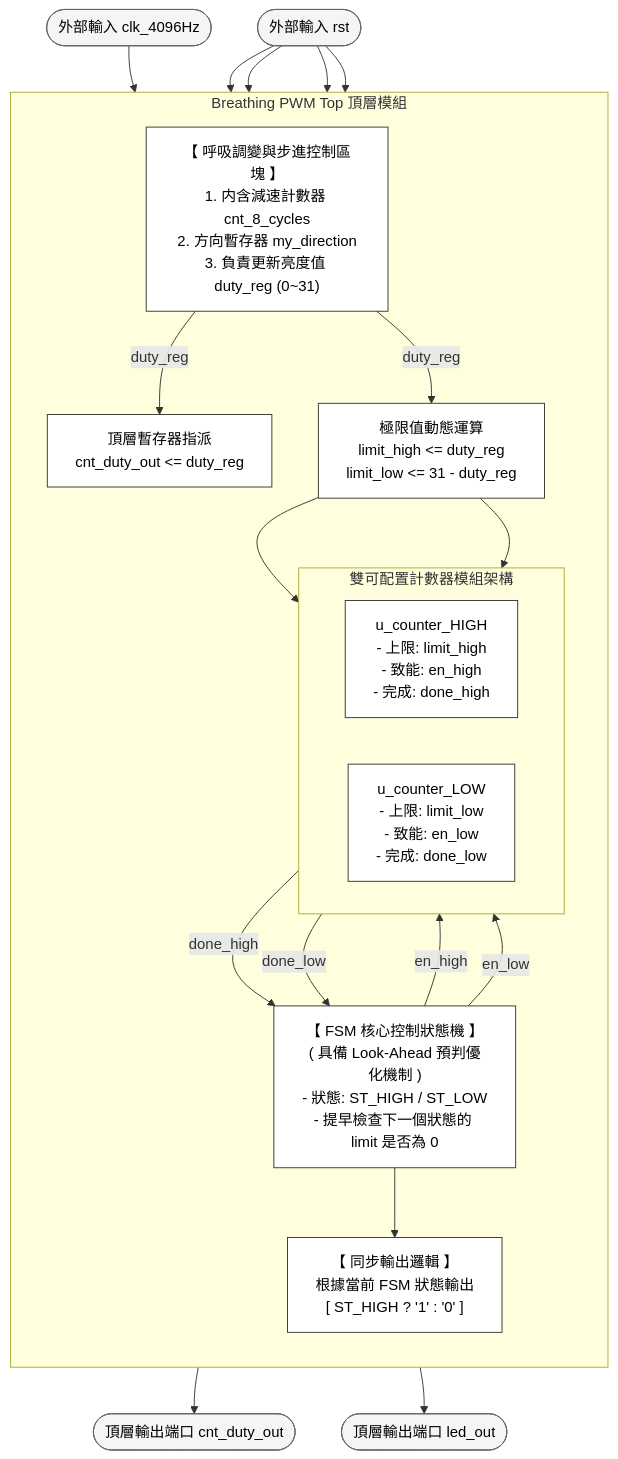
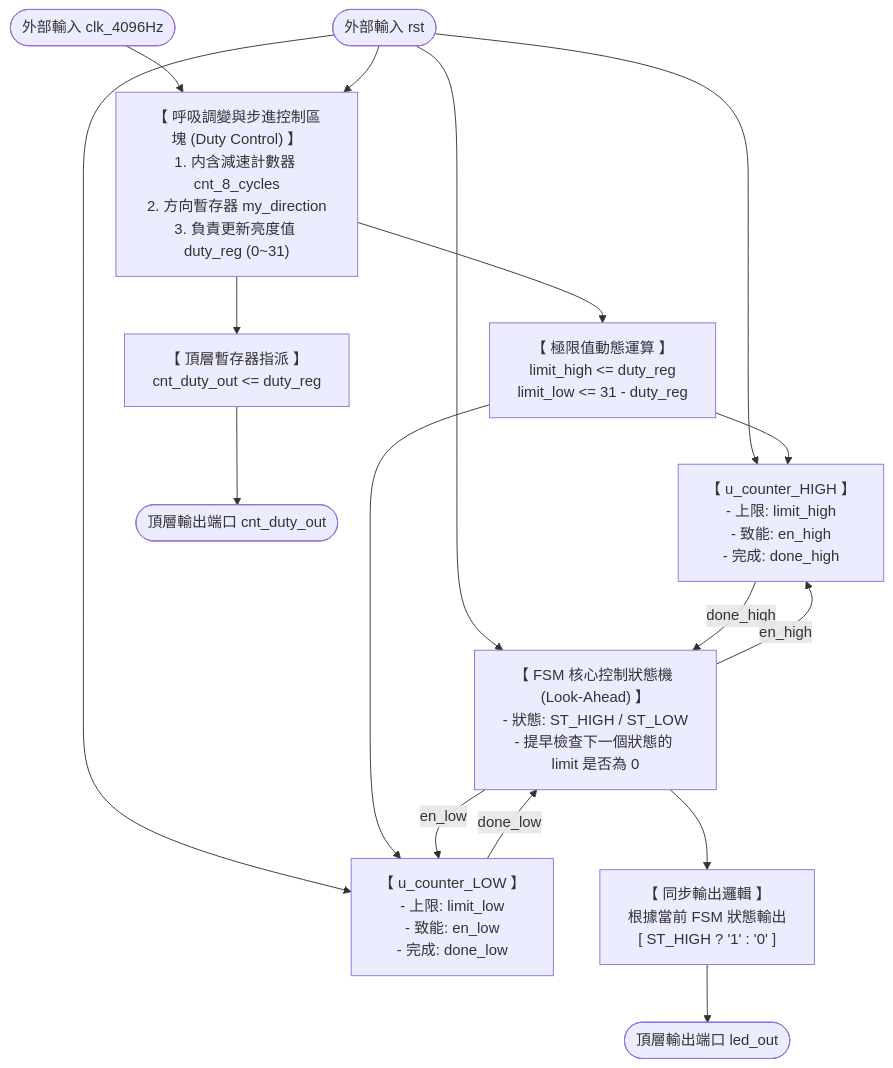
The diagram in README.md (c111185103-alt/Projecj4_PWM_Breathing), drawn with Mermaid before and after one commit.

````diff
--- a/README.md
+++ b/README.md
@@ -24,54 +24,35 @@
 ```mermaid
 flowchart TD
-    %% 外部輸入
-    clk([外部輸入 clk_4096Hz]) --> DC
-    rst([外部輸入 rst]) --> DC
-    rst --> FSM
-    rst --> CNTH
-    rst --> CNTL
+    CLK([外部輸入 clk_4096Hz]) --> DC
+    RST([外部輸入 rst]) --> DC
+    RST --> FSM
+    RST --> CNTH
+    RST --> CNTL
 
-    subgraph TOP [Breathing PWM Top 頂層模組]
-        direction TB
-        
-        %% 步進控制
-        DC["【 呼吸調變與步進控制區塊 】<br/>1. 内含減速計數器 cnt_8_cycles<br/>2. 方向暫存器 my_direction<br/>3. 負責更新亮度值 duty_reg (0~31)"]
-        
-        %% 輸出信號分支
-        duty_vec["頂層暫存器指派<br/>cnt_duty_out <= duty_reg"]
-        limits["極限值動態運算<br/>limit_high <= duty_reg<br/>limit_low <= 31 - duty_reg"]
-        
-        DC -->|duty_reg| duty_vec
-        DC -->|duty_reg| limits
+    DC["【 呼吸調變與步進控制區塊 (Duty Control) 】<br/>1. 内含減速計數器 cnt_8_cycles<br/>2. 方向暫存器 my_direction<br/>3. 負責更新亮度值 duty_reg (0~31)"]
+    
+    DUTY_VEC["【 頂層暫存器指派 】<br/>cnt_duty_out <= duty_reg"]
+    LIMITS["【 極限值動態運算 】<br/>limit_high <= duty_reg<br/>limit_low <= 31 - duty_reg"]
+    
+    DC --> DUTY_VEC
+    DC --> LIMITS
 
-        %% 計數器子模組 (平行排列)
-        subgraph Counters [雙可配置計數器模組架構]
-            direction LR
-            CNTH["u_counter_HIGH<br/>- 上限: limit_high<br/>- 致能: en_high<br/>- 完成: done_high"]
-            CNTL["u_counter_LOW<br/>- 上限: limit_low<br/>- 致能: en_low<br/>- 完成: done_low"]
-        end
+    CNTH["【 u_counter_HIGH 】<br/>- 上限: limit_high<br/>- 致能: en_high<br/>- 完成: done_high"]
+    CNTL["【 u_counter_LOW 】<br/>- 上限: limit_low<br/>- 致能: en_low<br/>- 完成: done_low"]
 
-        limits --> CNTH
-        limits --> CNTL
+    LIMITS --> CNTH
+    LIMITS --> CNTL
 
-        %% FSM 控制核心
-        FSM["【 FSM 核心控制狀態機 】<br/>( 具備 Look-Ahead 預判優化機制 )<br/>- 狀態: ST_HIGH / ST_LOW<br/>- 提早檢查下一個狀態的 limit 是否為 0"]
+    FSM["【 FSM 核心控制狀態機 (Look-Ahead) 】<br/>- 狀態: ST_HIGH / ST_LOW<br/>- 提早檢查下一個狀態的 limit 是否為 0"]
 
-        CNTH -->|done_high| FSM
-        CNTL -->|done_low| FSM
-        FSM -->|en_high| CNTH
-        FSM -->|en_low| CNTL
+    CNTH -->|done_high| FSM
+    CNTL -->|done_low| FSM
+    FSM -->|en_high| CNTH
+    FSM -->|en_low| CNTL
 
-        %% 輸出邏輯
-        OUT["【 同步輸出邏輯 】<br/>根據當前 FSM 狀態輸出<br/>[ ST_HIGH ? '1' : '0' ]"]
-        FSM --> OUT
-    end
+    OUT["【 同步輸出邏輯 】<br/>根據當前 FSM 狀態輸出<br/>[ ST_HIGH ? '1' : '0' ]"]
+    FSM --> OUT
 
-    %% 外部輸出
-    duty_vec --> out_duty([頂層輸出端口 cnt_duty_out])
-    OUT --> led([頂層輸出端口 led_out])
-
-    %% 全域外觀設定：保證黑白模式下線條、框框、字體都清晰，且絕不報錯
-    classDef default fill:#ffffff,stroke:#333333,stroke-width:1px,color:#000000;
-    classDef io fill:#f5f5f5,stroke:#666666,stroke-width:1px,color:#000000;
-    class clk,rst,out_duty,led io;
+    DUTY_VEC --> OUT_DUTY([頂層輸出端口 cnt_duty_out])
+    OUT --> LED([頂層輸出端口 led_out])
 ```
````
